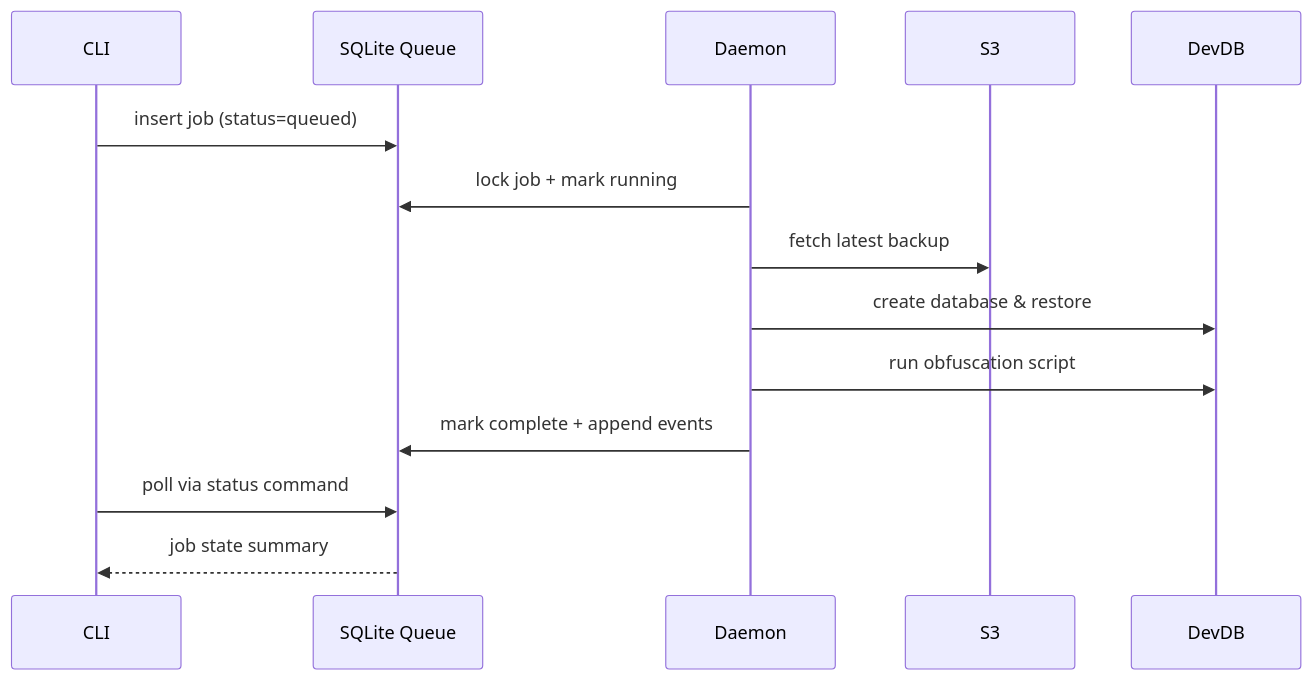
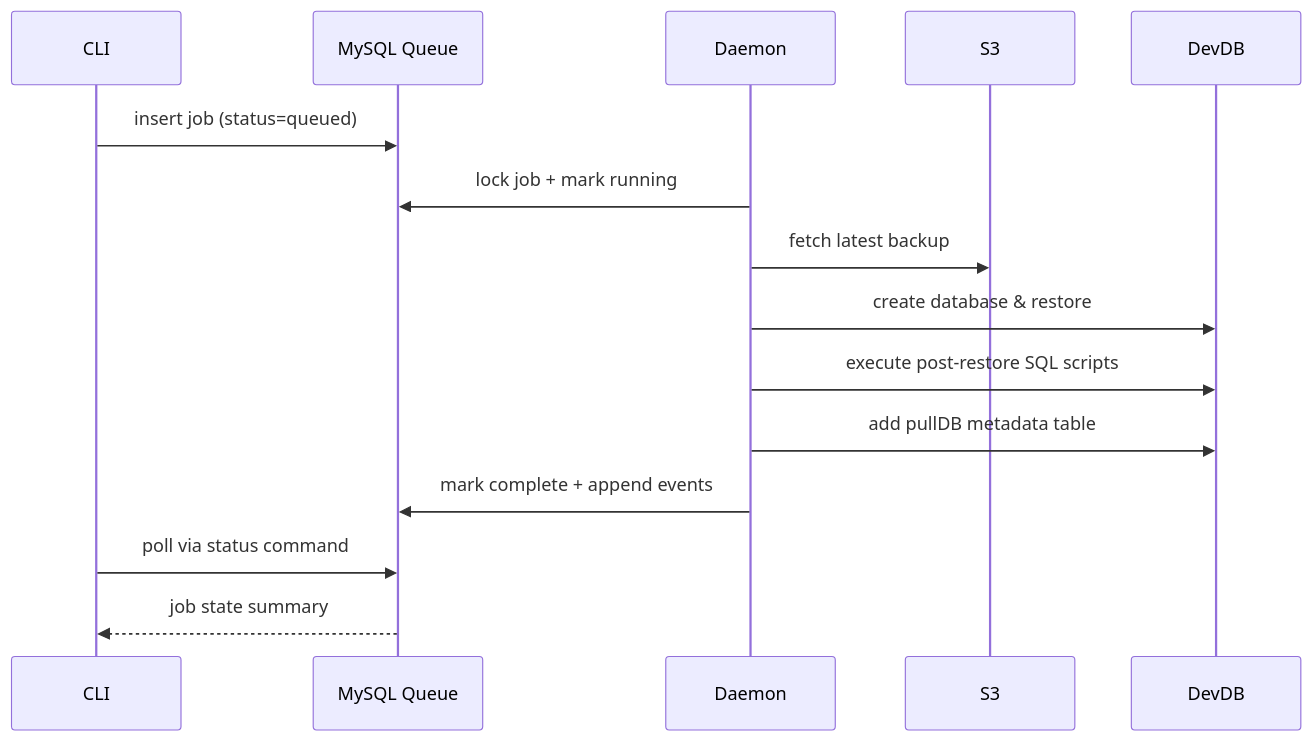
The sixth of 6 diagrams in README.md (CharlesHandshy/pullDB), drawn with Mermaid before and after one commit. The commit also changed other lines of this file and 5 other files, not shown here.

First line of the commit message:
Replace SQLite with MySQL as coordination layer and add Copilot instructions

````diff
--- a/README.md
+++ b/README.md
@@ -266,14 +266,15 @@
 ```mermaid
 sequenceDiagram
   participant CLI as CLI
-  participant DB as SQLite Queue
+  participant DB as MySQL Queue
   participant D as Daemon
   CLI->>DB: insert job (status=queued)
   D->>DB: lock job + mark running
   D->>S3: fetch latest backup
   D->>DevDB: create database & restore
-  D->>DevDB: run obfuscation script
+  D->>DevDB: execute post-restore SQL scripts
+  D->>DevDB: add pullDB metadata table
   D->>DB: mark complete + append events
   CLI->>DB: poll via status command
   DB-->>CLI: job state summary
 ```
````
